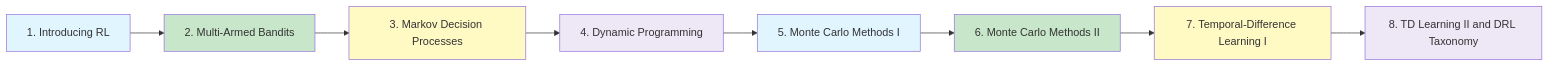
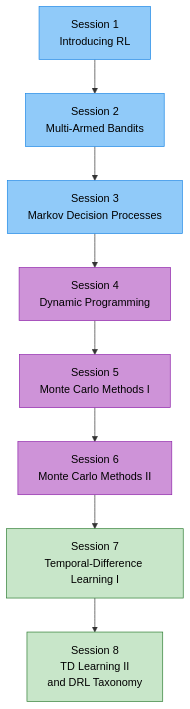
One commit to arshadhs/arshadhs.github.io changed the first of 2 diagrams in content/docs/ai/deep-reinforcement-learning/_index.md. Above: the diagram before and after it, drawn with Mermaid.

Commit message:
DRL updated

````diff
--- a/content/docs/ai/deep-reinforcement-learning/_index.md
+++ b/content/docs/ai/deep-reinforcement-learning/_index.md
@@ -25,19 +25,21 @@
-```mermaid
-flowchart LR
-    A[1. Introducing RL] --> B[2. Multi-Armed Bandits]
-    B --> C[3. Markov Decision Processes]
-    C --> D[4. Dynamic Programming]
-    D --> E[5. Monte Carlo Methods I]
-    E --> F[6. Monte Carlo Methods II]
-    F --> G[7. Temporal-Difference Learning I]
-    G --> H[8. TD Learning II and DRL Taxonomy]
+{{< mermaid >}}
+flowchart TD
+A["Session 1<br/>Introducing RL"] --> B["Session 2<br/>Multi-Armed Bandits"]
+B --> C["Session 3<br/>Markov Decision Processes"]
+C --> D["Session 4<br/>Dynamic Programming"]
+D --> E["Session 5<br/>Monte Carlo Methods I"]
+E --> F["Session 6<br/>Monte Carlo Methods II"]
+F --> G["Session 7<br/>Temporal-Difference Learning I"]
+G --> H["Session 8<br/>TD Learning II<br/>and DRL Taxonomy"]
 
-    style A fill:#E1F5FE
-    style B fill:#C8E6C9
-    style C fill:#FFF9C4
-    style D fill:#EDE7F6
-    style E fill:#E1F5FE
-    style F fill:#C8E6C9
-    style G fill:#FFF9C4
-    style H fill:#EDE7F6
-```
+style A fill:#90CAF9,stroke:#1E88E5,color:#000
+style B fill:#90CAF9,stroke:#1E88E5,color:#000
+style C fill:#90CAF9,stroke:#1E88E5,color:#000
+
+style D fill:#CE93D8,stroke:#8E24AA,color:#000
+style E fill:#CE93D8,stroke:#8E24AA,color:#000
+style F fill:#CE93D8,stroke:#8E24AA,color:#000
+
+style G fill:#C8E6C9,stroke:#2E7D32,color:#000
+style H fill:#C8E6C9,stroke:#2E7D32,color:#000
+{{< /mermaid >}}
````
